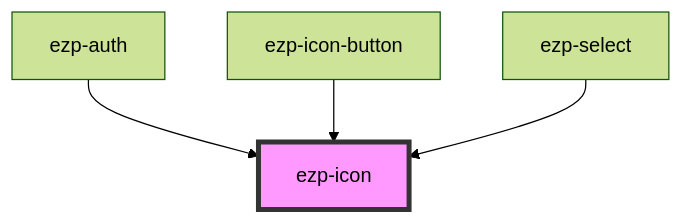
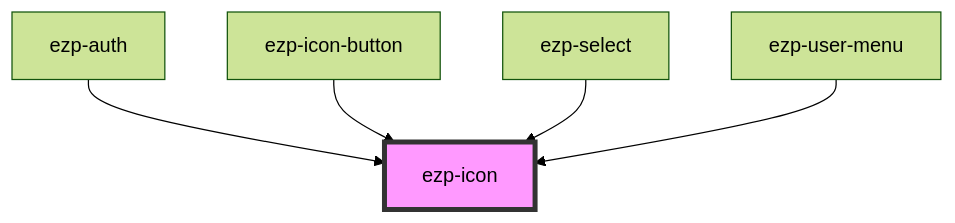
The diagram in src/components/ezp-icon/readme.md (ezeep/ezeep-js), drawn with Mermaid (forest theme) before and after one commit. The commit also changed other lines of this file and 25 other files, not shown here.

Commit message:
Introduce user menu component

````diff
--- a/src/components/ezp-icon/readme.md
+++ b/src/components/ezp-icon/readme.md
@@ -30,7 +29,8 @@
 ```mermaid
 graph TD;
   ezp-auth --> ezp-icon
   ezp-icon-button --> ezp-icon
   ezp-select --> ezp-icon
+  ezp-user-menu --> ezp-icon
   style ezp-icon fill:#f9f,stroke:#333,stroke-width:4px
 ```
````
